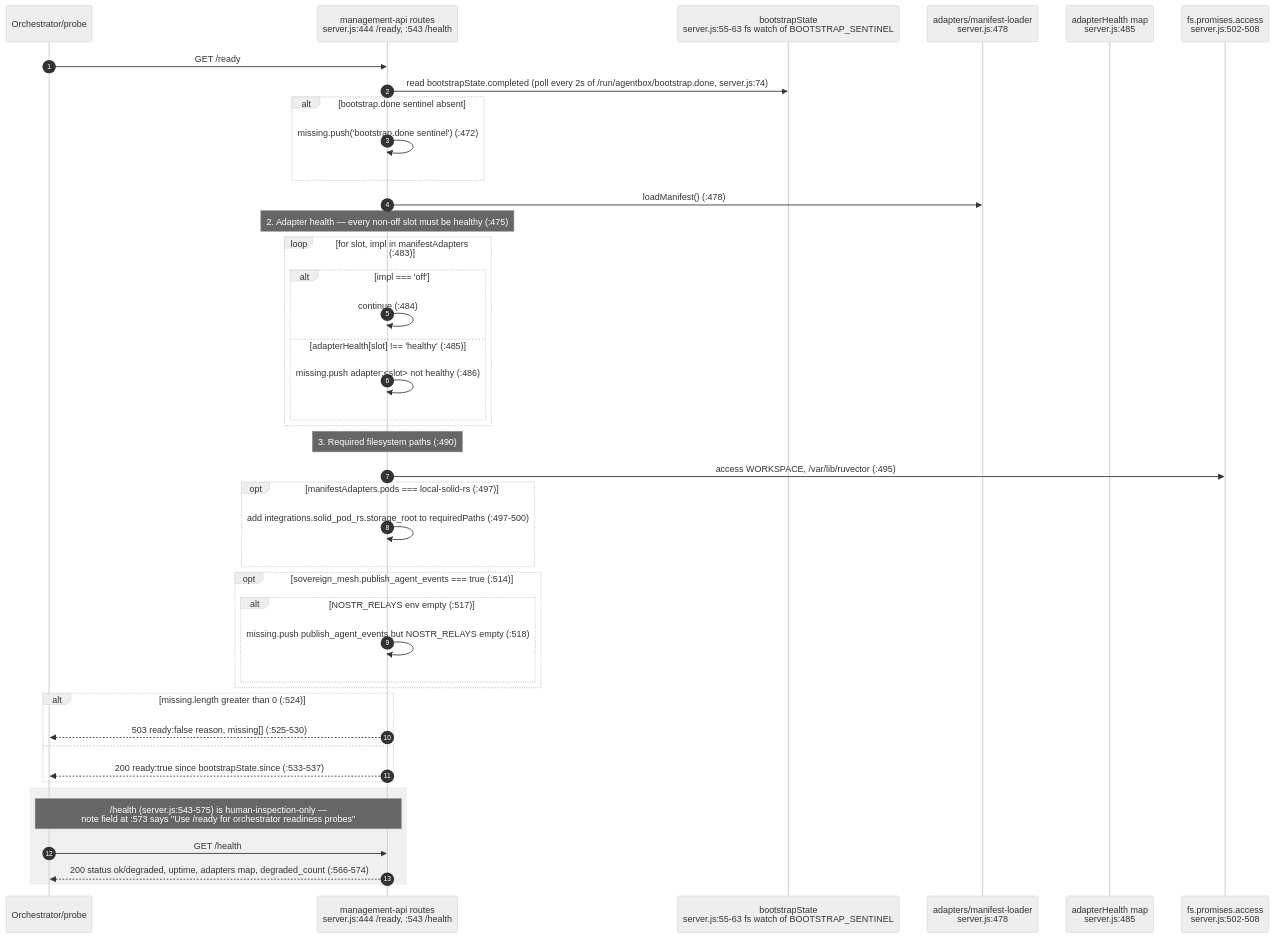
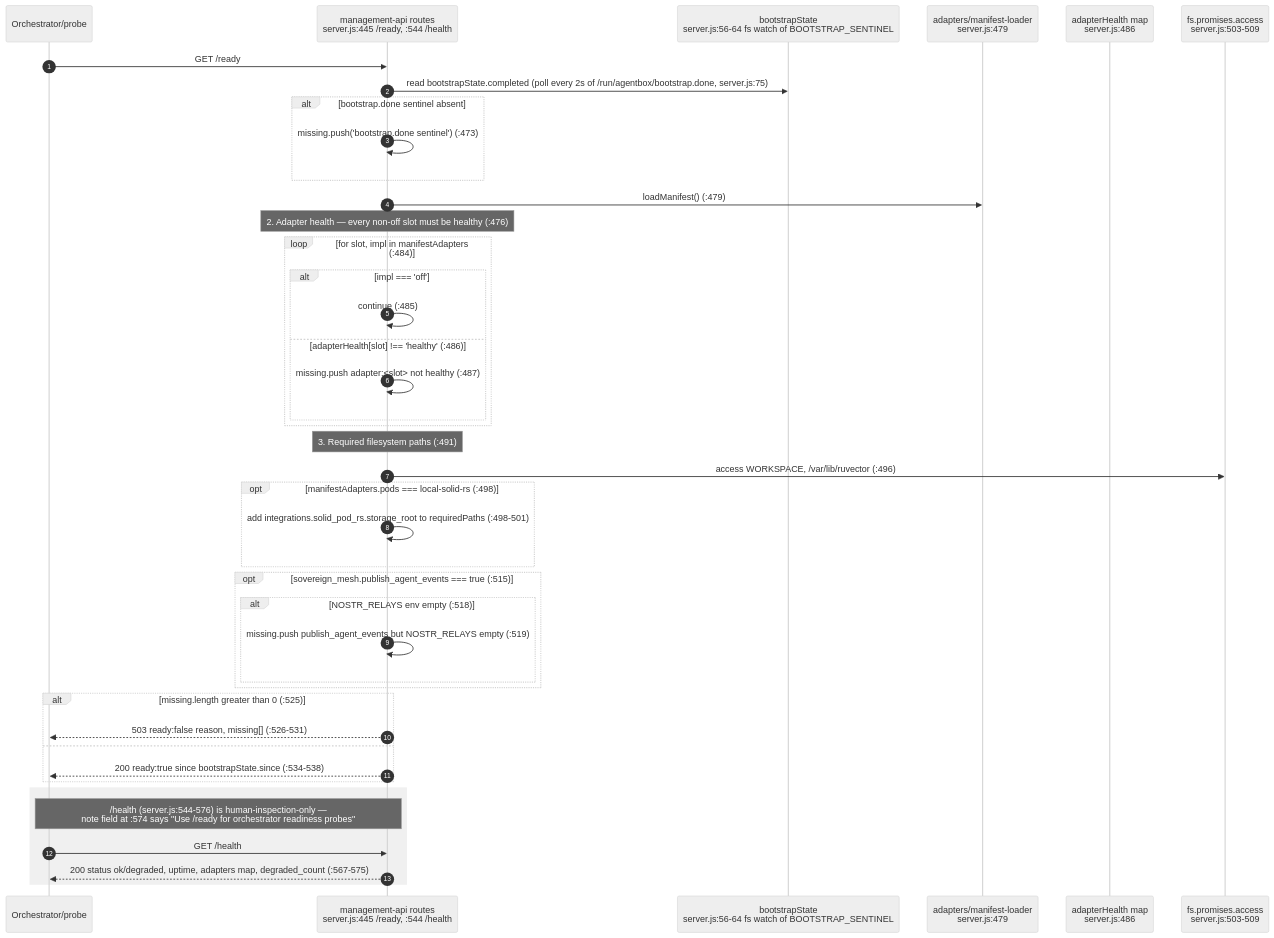
Before and after one commit to DreamLab-AI/VisionFlow: the ninth of 23 diagrams in docs/diagrams/agentbox/02-boot-sequence-and-readiness.md, drawn with Mermaid (neutral theme). The commit also changed other lines of this file and 28 other files, not shown here.

````diff
--- a/docs/diagrams/agentbox/02-boot-sequence-and-readiness.md
+++ b/docs/diagrams/agentbox/02-boot-sequence-and-readiness.md
@@ -300,46 +307,46 @@
 ```mermaid
 sequenceDiagram
     autonumber
     participant O as Orchestrator/probe
-    participant R as management-api routes<br/>server.js:444 /ready, :543 /health
-    participant BS as bootstrapState<br/>server.js:55-63 fs watch of BOOTSTRAP_SENTINEL
-    participant ML as adapters/manifest-loader<br/>server.js:478
-    participant AH as adapterHealth map<br/>server.js:485
-    participant FS as fs.promises.access<br/>server.js:502-508
+    participant R as management-api routes<br/>server.js:445 /ready, :544 /health
+    participant BS as bootstrapState<br/>server.js:56-64 fs watch of BOOTSTRAP_SENTINEL
+    participant ML as adapters/manifest-loader<br/>server.js:479
+    participant AH as adapterHealth map<br/>server.js:486
+    participant FS as fs.promises.access<br/>server.js:503-509
 
     O->>R: GET /ready
-    R->>BS: read bootstrapState.completed (poll every 2s of /run/agentbox/bootstrap.done, server.js:74)
+    R->>BS: read bootstrapState.completed (poll every 2s of /run/agentbox/bootstrap.done, server.js:75)
     alt bootstrap.done sentinel absent
-        R->>R: missing.push('bootstrap.done sentinel') (:472)
+        R->>R: missing.push('bootstrap.done sentinel') (:473)
     end
-    R->>ML: loadManifest() (:478)
-    Note over R: 2. Adapter health — every non-off slot must be healthy (:475)
-    loop for slot, impl in manifestAdapters (:483)
+    R->>ML: loadManifest() (:479)
+    Note over R: 2. Adapter health — every non-off slot must be healthy (:476)
+    loop for slot, impl in manifestAdapters (:484)
         alt impl === 'off'
-            R->>R: continue (:484)
-        else adapterHealth[slot] !== 'healthy' (:485)
-            R->>R: missing.push adapter:<slot> not healthy (:486)
+            R->>R: continue (:485)
+        else adapterHealth[slot] !== 'healthy' (:486)
+            R->>R: missing.push adapter:<slot> not healthy (:487)
         end
     end
-    Note over R: 3. Required filesystem paths (:490)
-    R->>FS: access WORKSPACE, /var/lib/ruvector (:495)
-    opt manifestAdapters.pods === local-solid-rs (:497)
-        R->>R: add integrations.solid_pod_rs.storage_root to requiredPaths (:497-500)
+    Note over R: 3. Required filesystem paths (:491)
+    R->>FS: access WORKSPACE, /var/lib/ruvector (:496)
+    opt manifestAdapters.pods === local-solid-rs (:498)
+        R->>R: add integrations.solid_pod_rs.storage_root to requiredPaths (:498-501)
     end
-    opt sovereign_mesh.publish_agent_events === true (:514)
-        alt NOSTR_RELAYS env empty (:517)
-            R->>R: missing.push publish_agent_events but NOSTR_RELAYS empty (:518)
+    opt sovereign_mesh.publish_agent_events === true (:515)
+        alt NOSTR_RELAYS env empty (:518)
+            R->>R: missing.push publish_agent_events but NOSTR_RELAYS empty (:519)
         end
     end
-    alt missing.length greater than 0 (:524)
-        R-->>O: 503 ready:false reason, missing[] (:525-530)
+    alt missing.length greater than 0 (:525)
+        R-->>O: 503 ready:false reason, missing[] (:526-531)
     else
-        R-->>O: 200 ready:true since bootstrapState.since (:533-537)
+        R-->>O: 200 ready:true since bootstrapState.since (:534-538)
     end
 
     rect rgb(240,240,240)
-    Note over O,R: /health (server.js:543-575) is human-inspection-only —<br/>note field at :573 says "Use /ready for orchestrator readiness probes"
+    Note over O,R: /health (server.js:544-576) is human-inspection-only —<br/>note field at :574 says "Use /ready for orchestrator readiness probes"
     O->>R: GET /health
-    R-->>O: 200 status ok/degraded, uptime, adapters map, degraded_count (:566-574)
+    R-->>O: 200 status ok/degraded, uptime, adapters map, degraded_count (:567-575)
     end
 ```
````
